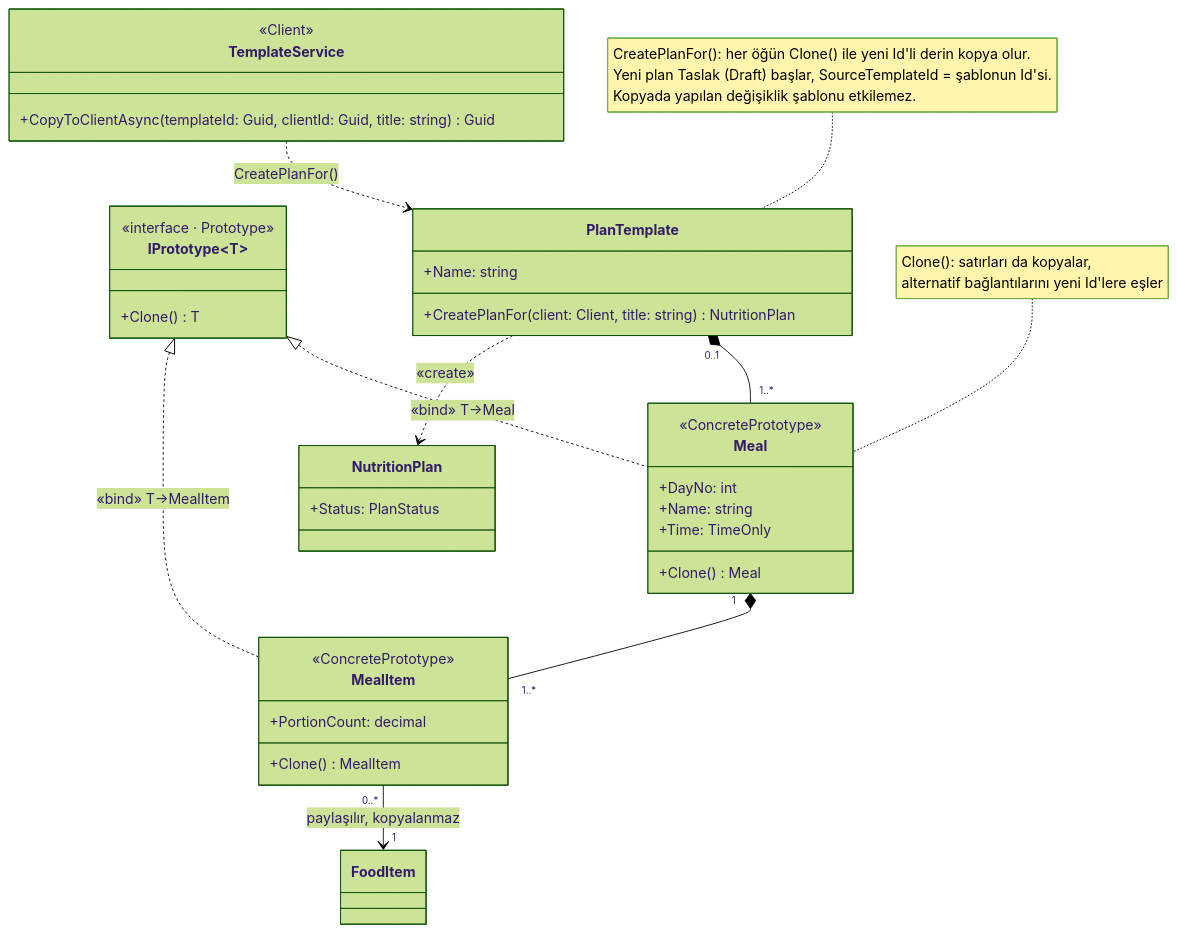
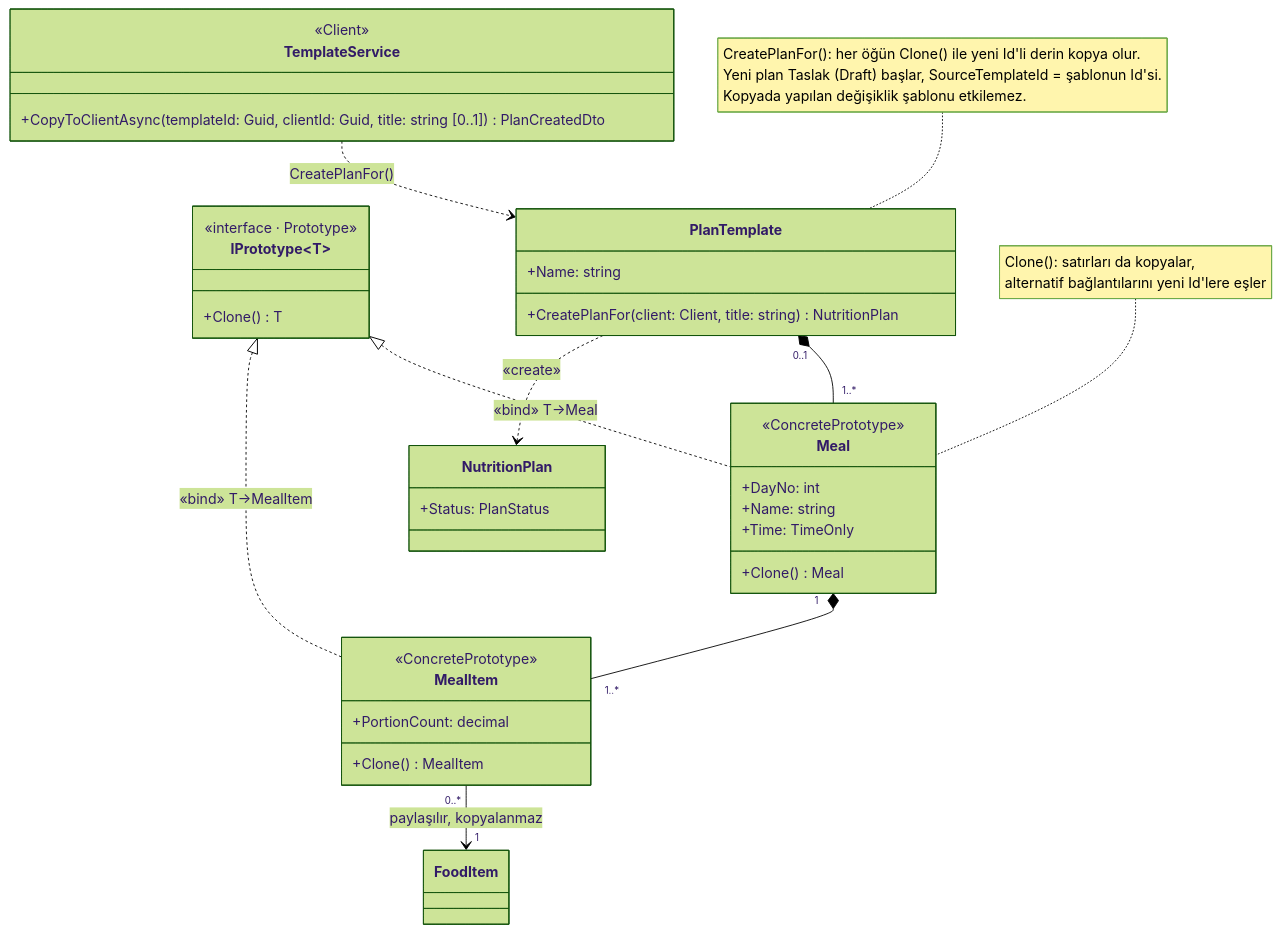
One commit to Emmet47/diyetisyen-danisan-takip-sistemi changed the diagram in docs/uml/p-4-prototype.mmd. Above: the diagram before and after it, drawn with Mermaid (forest theme). The commit also changed 142 other files, not shown here.

```diff
--- a/docs/uml/p-4-prototype.mmd
+++ b/docs/uml/p-4-prototype.mmd
@@ -1,39 +1,39 @@
 classDiagram
 direction TB
 class TemplateService {
   <<Client>>
-  +CopyToClientAsync(templateId: Guid, clientId: Guid, title: string) Guid
+  +CopyToClientAsync(templateId: Guid, clientId: Guid, title: string [0..1]) PlanCreatedDto
 }
 class IPrototype~T~ {
   <<interface · Prototype>>
   +Clone() T
 }
 class PlanTemplate {
   +Name: string
   +CreatePlanFor(client: Client, title: string) NutritionPlan
 }
 class Meal {
   <<ConcretePrototype>>
   +DayNo: int
   +Name: string
   +Time: TimeOnly
   +Clone() Meal
 }
 class MealItem {
   <<ConcretePrototype>>
   +PortionCount: decimal
   +Clone() MealItem
 }
 class NutritionPlan {
   +Status: PlanStatus
 }
 class FoodItem
 IPrototype <|.. Meal : «bind» T→Meal
 IPrototype <|.. MealItem : «bind» T→MealItem
 PlanTemplate "0..1" *-- "1..*" Meal
 Meal "1" *-- "1..*" MealItem
 MealItem "0..*" --> "1" FoodItem : paylaşılır, kopyalanmaz
 TemplateService ..> PlanTemplate : CreatePlanFor()
 PlanTemplate ..> NutritionPlan : «create»
 note for PlanTemplate "CreatePlanFor(): her öğün Clone() ile yeni Id'li derin kopya olur.<br>Yeni plan Taslak (Draft) başlar, SourceTemplateId = şablonun Id'si.<br>Kopyada yapılan değişiklik şablonu etkilemez."
 note for Meal "Clone(): satırları da kopyalar,<br>alternatif bağlantılarını yeni Id'lere eşler"
```
